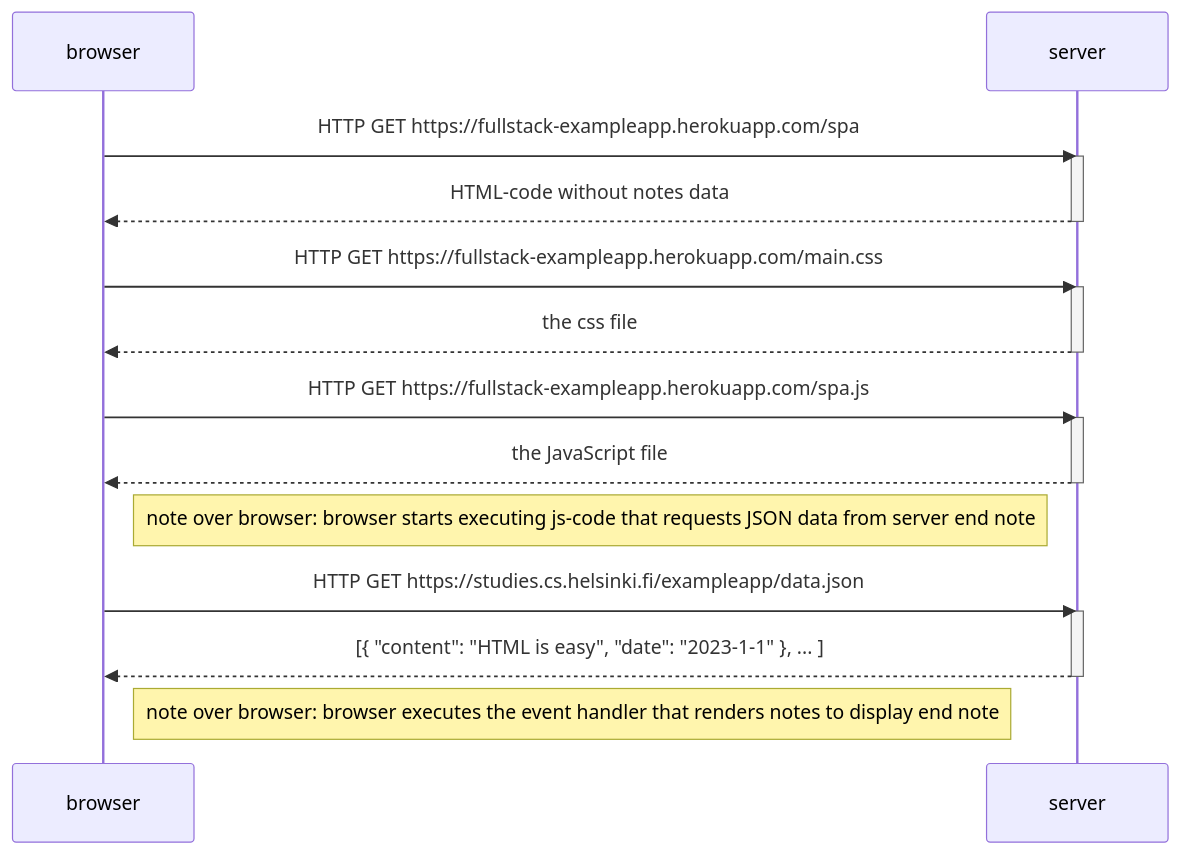
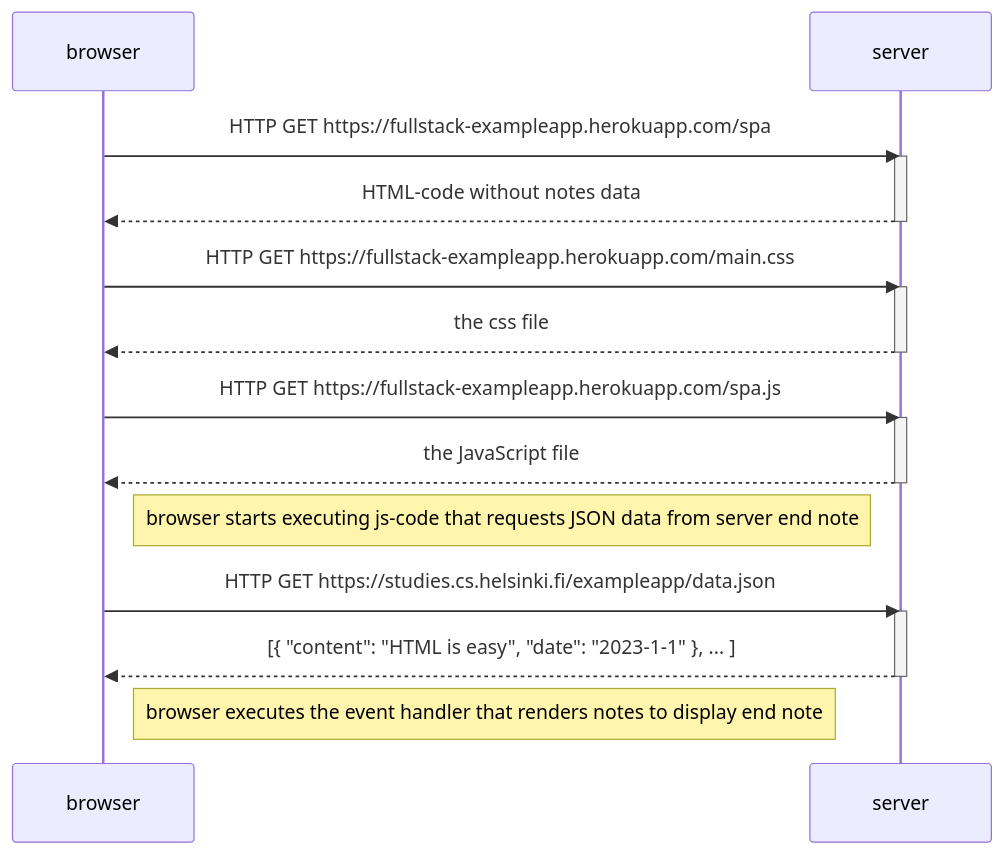
The diagram in part0/0.5.md (Auksely/fullStackOpen), drawn with Mermaid before and after one commit.

````diff
--- a/part0/0.5.md
+++ b/part0/0.5.md
@@ -1,30 +1,30 @@
 ```mermaid
 sequenceDiagram
     participant browser
     participant server
     
     browser->>server: HTTP GET https://fullstack-exampleapp.herokuapp.com/spa
     activate server
     server-->>browser: HTML-code without notes data
     deactivate server
 
     browser->>server: HTTP GET https://fullstack-exampleapp.herokuapp.com/main.css
     activate server
     server-->>browser: the css file
     deactivate server
 
     browser->>server: HTTP GET https://fullstack-exampleapp.herokuapp.com/spa.js
     activate server
     server-->>browser: the JavaScript file
     deactivate server
 
-    Note right of browser: note over browser: browser starts executing js-code that requests JSON data from server end note
+    Note right of browser: browser starts executing js-code that requests JSON data from server end note
 
     browser->>server: HTTP GET https://studies.cs.helsinki.fi/exampleapp/data.json
     activate server
     server-->>browser: [{ "content": "HTML is easy", "date": "2023-1-1" }, ... ]
     deactivate server
 
-    Note right of browser: note over browser: browser executes the event handler that renders notes to display end note
+    Note right of browser: browser executes the event handler that renders notes to display end note
     
 ```
````
